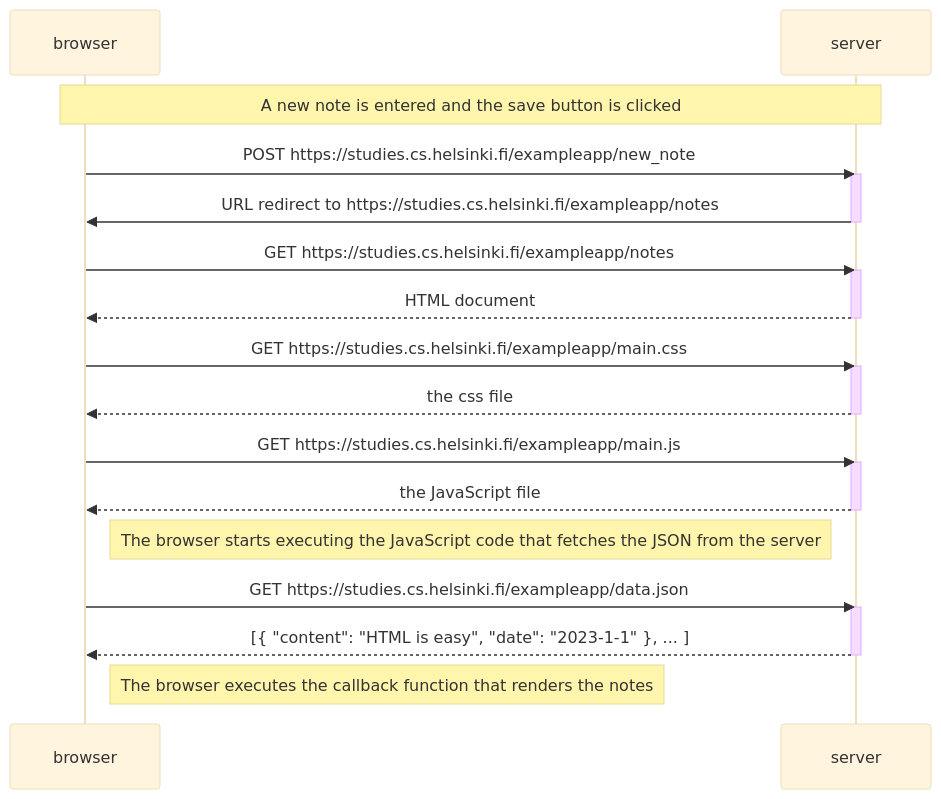
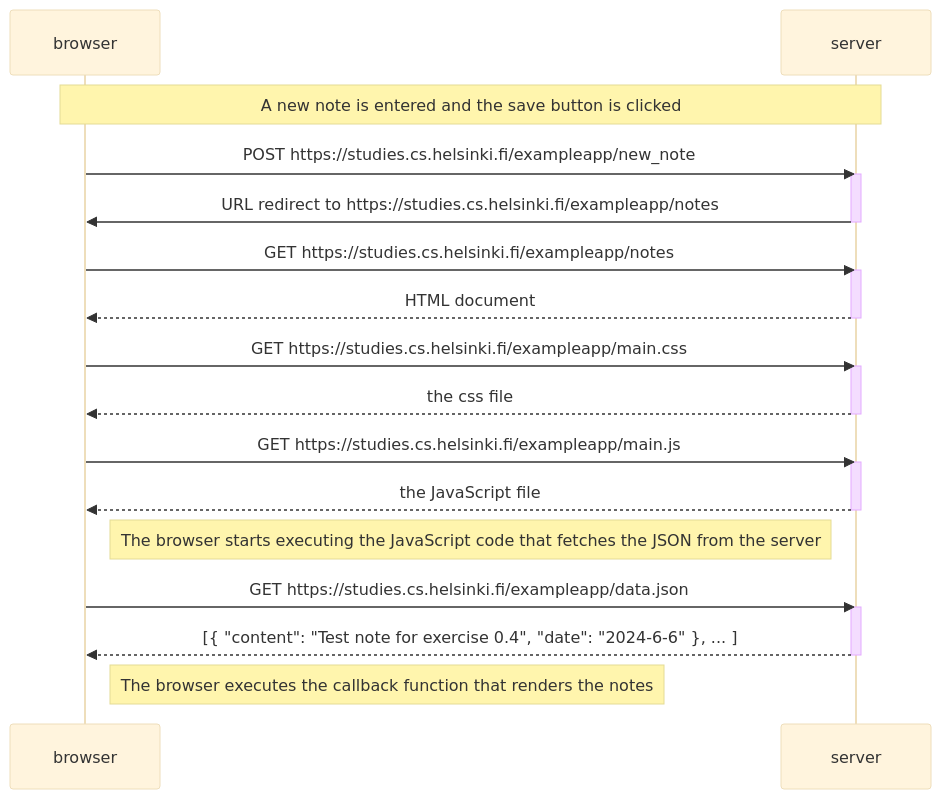
The diagram in part0/exercise_0_4.md (obhi1kenobhi/FSO), drawn with Mermaid (base theme) before and after one commit. The commit also changed 2 other files, not shown here.

Commit message:
exercises 0.4, 0.5 and 0.6

````diff
--- a/part0/exercise_0_4.md
+++ b/part0/exercise_0_4.md
@@ -1,36 +1,36 @@
 ```mermaid
     sequenceDiagram
         participant browser
         participant server
     
         Note over browser,server: A new note is entered and the save button is clicked
     
         browser->>server: POST https://studies.cs.helsinki.fi/exampleapp/new_note
         activate server
         server->>browser: URL redirect to https://studies.cs.helsinki.fi/exampleapp/notes
         deactivate server
     
         browser->>server: GET https://studies.cs.helsinki.fi/exampleapp/notes
         activate server
         server-->>browser: HTML document
         deactivate server
     
         browser->>server: GET https://studies.cs.helsinki.fi/exampleapp/main.css
         activate server
         server-->>browser: the css file
         deactivate server
     
         browser->>server: GET https://studies.cs.helsinki.fi/exampleapp/main.js
         activate server
         server-->>browser: the JavaScript file
         deactivate server
     
         Note right of browser: The browser starts executing the JavaScript code that fetches the JSON from the server
     
         browser->>server: GET https://studies.cs.helsinki.fi/exampleapp/data.json
         activate server
-        server-->>browser: [{ "content": "HTML is easy", "date": "2023-1-1" }, ... ]
+        server-->>browser: [{ "content": "Test note for exercise 0.4", "date": "2024-6-6" }, ... ]
         deactivate server
     
         Note right of browser: The browser executes the callback function that renders the notes
 ```
````
